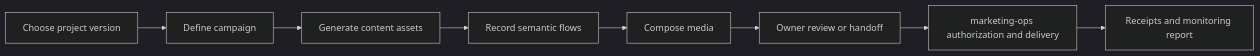
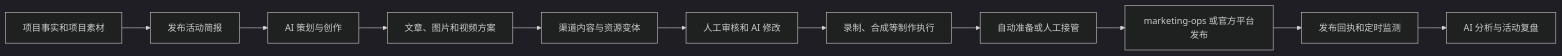
One commit to IllegalCreed/content-studio changed the diagram in docs/product-vision.md. Above: the diagram before and after it, drawn with Mermaid (dark theme). The commit also changed other lines of this file and 56 other files, not shown here.

Commit message:
feat: add local runtime activity flow

````diff
--- a/docs/product-vision.md
+++ b/docs/product-vision.md
@@ -84,10 +113,13 @@
 ```mermaid
 flowchart LR
-  P["Choose project version"] --> C["Define campaign"]
-  C --> G["Generate content assets"]
-  G --> R["Record semantic flows"]
-  R --> O["Compose media"]
-  O --> H["Owner review or handoff"]
-  H --> M["marketing-ops authorization and delivery"]
-  M --> X["Receipts and monitoring report"]
+  P["项目事实和项目素材"] --> B["发布活动简报"]
+  B --> AI["AI 策划与创作"]
+  AI --> A["文章、图片和视频方案"]
+  A --> V["渠道内容与资源变体"]
+  V --> R["人工审核和 AI 修改"]
+  R --> J["录制、合成等制作执行"]
+  J --> H["自动准备或人工接管"]
+  H --> M["marketing-ops 或官方平台发布"]
+  M --> O["发布回执和定时监测"]
+  O --> F["AI 分析与活动复盘"]
 ```
````
